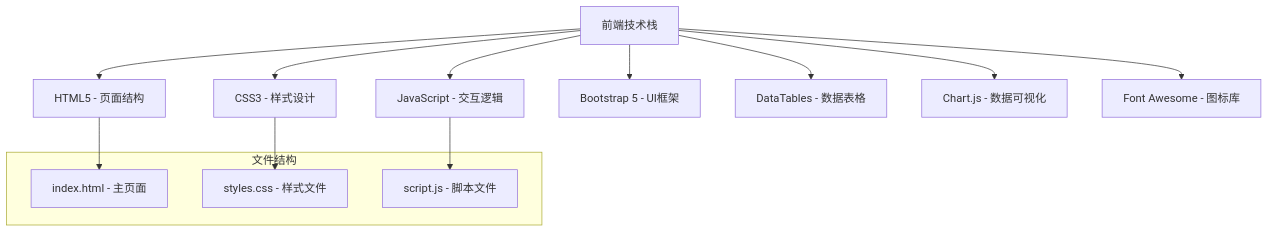
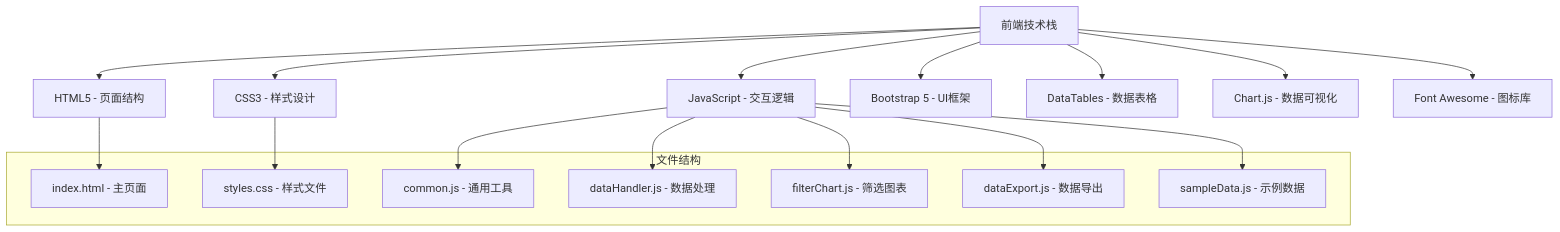
The first of 2 diagrams in examples/lmbench/设计文档.md (DelononLiu/afunc-agent), drawn with Mermaid before and after one commit. The commit also changed other lines of this file, not shown here.

````diff
--- a/examples/lmbench/设计文档.md
+++ b/examples/lmbench/设计文档.md
@@ -19,20 +19,28 @@
 ```mermaid
 graph TD
     A[前端技术栈] --> B[HTML5 - 页面结构]
     A --> C[CSS3 - 样式设计]
     A --> D[JavaScript - 交互逻辑]
     A --> E[Bootstrap 5 - UI框架]
     A --> F[DataTables - 数据表格]
     A --> G[Chart.js - 数据可视化]
     A --> H[Font Awesome - 图标库]
     
     subgraph "文件结构"
         I[index.html - 主页面]
         J[styles.css - 样式文件]
-        K[script.js - 脚本文件]
+        K[common.js - 通用工具]
+        L[dataHandler.js - 数据处理]
+        M[filterChart.js - 筛选图表]
+        N[dataExport.js - 数据导出]
+        O[sampleData.js - 示例数据]
     end
     
     B --> I
     C --> J
     D --> K
+    D --> L
+    D --> M
+    D --> N
+    D --> O
 ```
````
